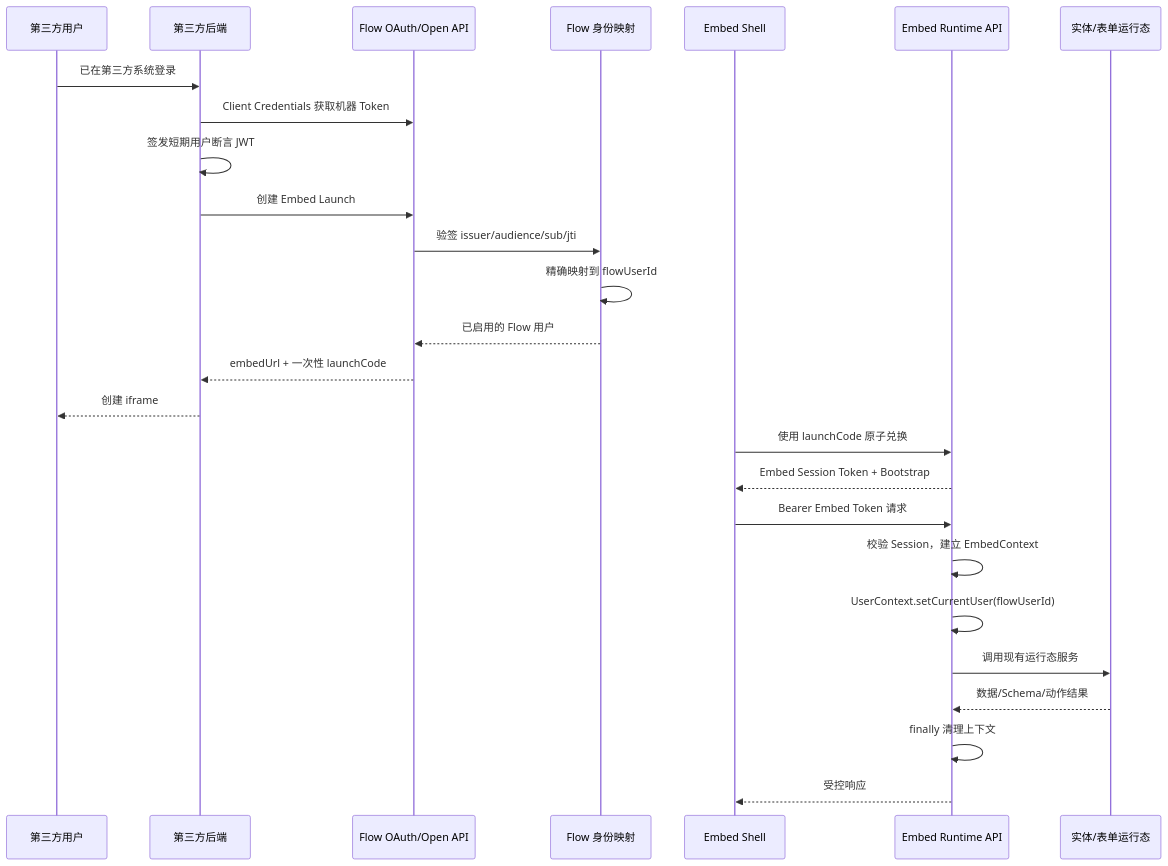
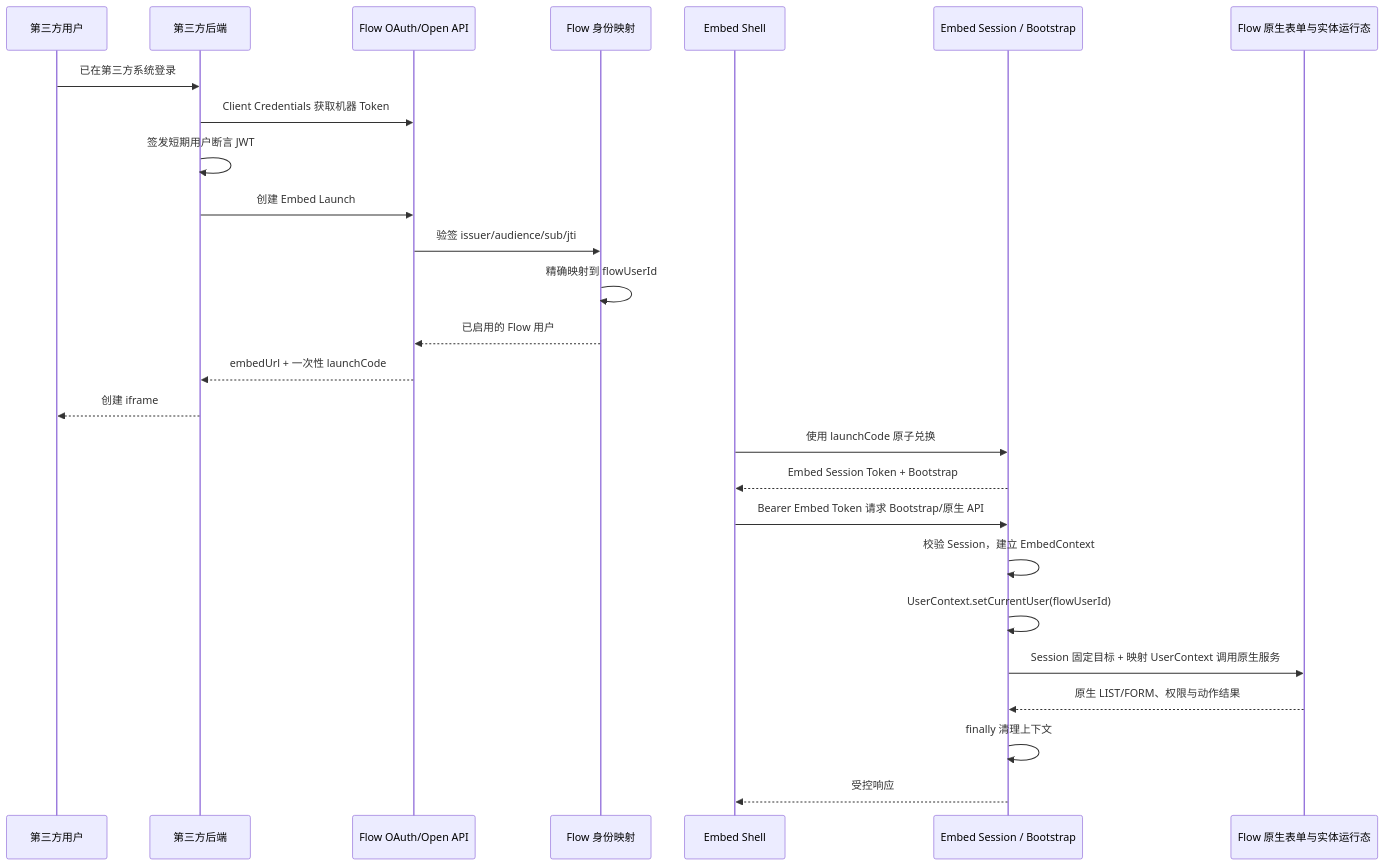
Before and after one commit to benbenbingbing/flow: the second of 7 diagrams in docs/embed-runtime-detailed-design.md, drawn with Mermaid. The commit also changed other lines of this file and 267 other files, not shown here.

````diff
--- a/docs/embed-runtime-detailed-design.md
+++ b/docs/embed-runtime-detailed-design.md
@@ -392,29 +454,29 @@
 ```mermaid
 sequenceDiagram
     participant U as 第三方用户
     participant H as 第三方后端
     participant O as Flow OAuth/Open API
     participant I as Flow 身份映射
     participant W as Embed Shell
-    participant E as Embed Runtime API
-    participant R as 实体/表单运行态
+    participant E as Embed Session / Bootstrap
+    participant R as Flow 原生表单与实体运行态
 
     U->>H: 已在第三方系统登录
     H->>O: Client Credentials 获取机器 Token
     H->>H: 签发短期用户断言 JWT
     H->>O: 创建 Embed Launch
     O->>I: 验签 issuer/audience/sub/jti
     I->>I: 精确映射到 flowUserId
     I-->>O: 已启用的 Flow 用户
     O-->>H: embedUrl + 一次性 launchCode
     H-->>U: 创建 iframe
     W->>E: 使用 launchCode 原子兑换
     E-->>W: Embed Session Token + Bootstrap
-    W->>E: Bearer Embed Token 请求
+    W->>E: Bearer Embed Token 请求 Bootstrap/原生 API
     E->>E: 校验 Session，建立 EmbedContext
     E->>E: UserContext.setCurrentUser(flowUserId)
-    E->>R: 调用现有运行态服务
-    R-->>E: 数据/Schema/动作结果
+    E->>R: Session 固定目标 + 映射 UserContext 调用原生服务
+    R-->>E: 原生 LIST/FORM、权限与动作结果
     E->>E: finally 清理上下文
     E-->>W: 受控响应
 ```
````
